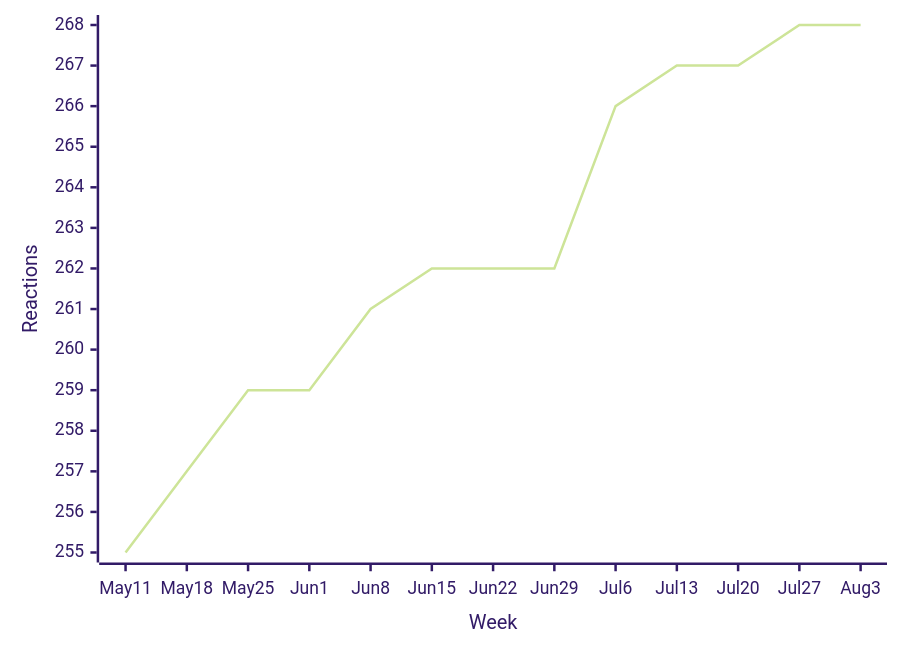
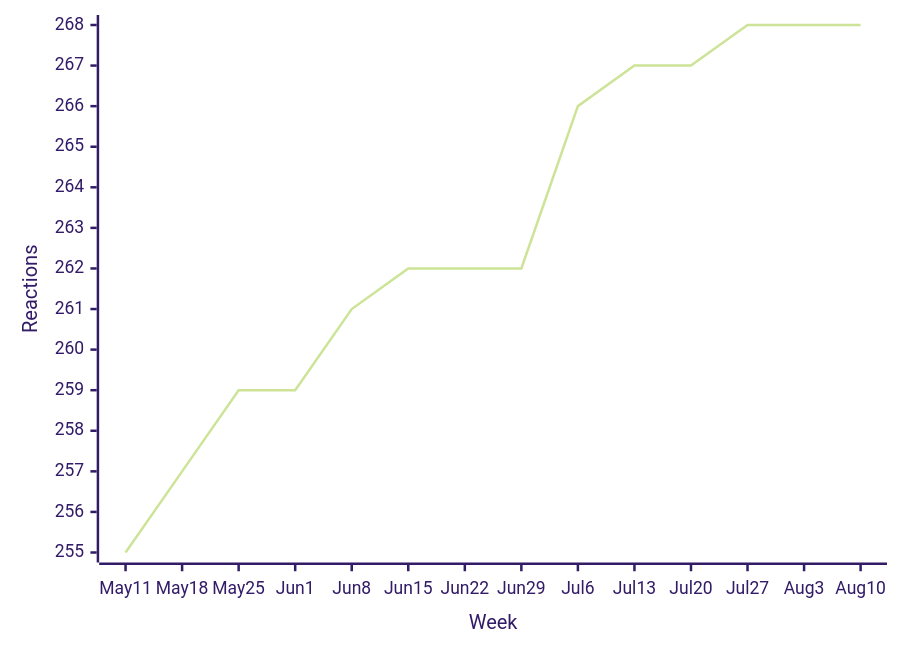
The fifth of 43 diagrams in README.md (loic-sharma/github-insights), drawn with Mermaid (forest theme) before and after one commit. The commit also changed other lines of this file and 3 other files, not shown here.

````diff
--- a/README.md
+++ b/README.md
@@ -407,6 +407,6 @@
   ```mermaid
   xychart-beta
-    x-axis "Week" [May 11, May 18, May 25, Jun 1, Jun 8, Jun 15, Jun 22, Jun 29, Jul 6, Jul 13, Jul 20, Jul 27, Aug 3]
+    x-axis "Week" [May 11, May 18, May 25, Jun 1, Jun 8, Jun 15, Jun 22, Jun 29, Jul 6, Jul 13, Jul 20, Jul 27, Aug 3, Aug 10]
     y-axis "Reactions"
-    line [255, 257, 259, 259, 261, 262, 262, 262, 266, 267, 267, 268, 268]
+    line [255, 257, 259, 259, 261, 262, 262, 262, 266, 267, 267, 268, 268, 268]
   ```
````
